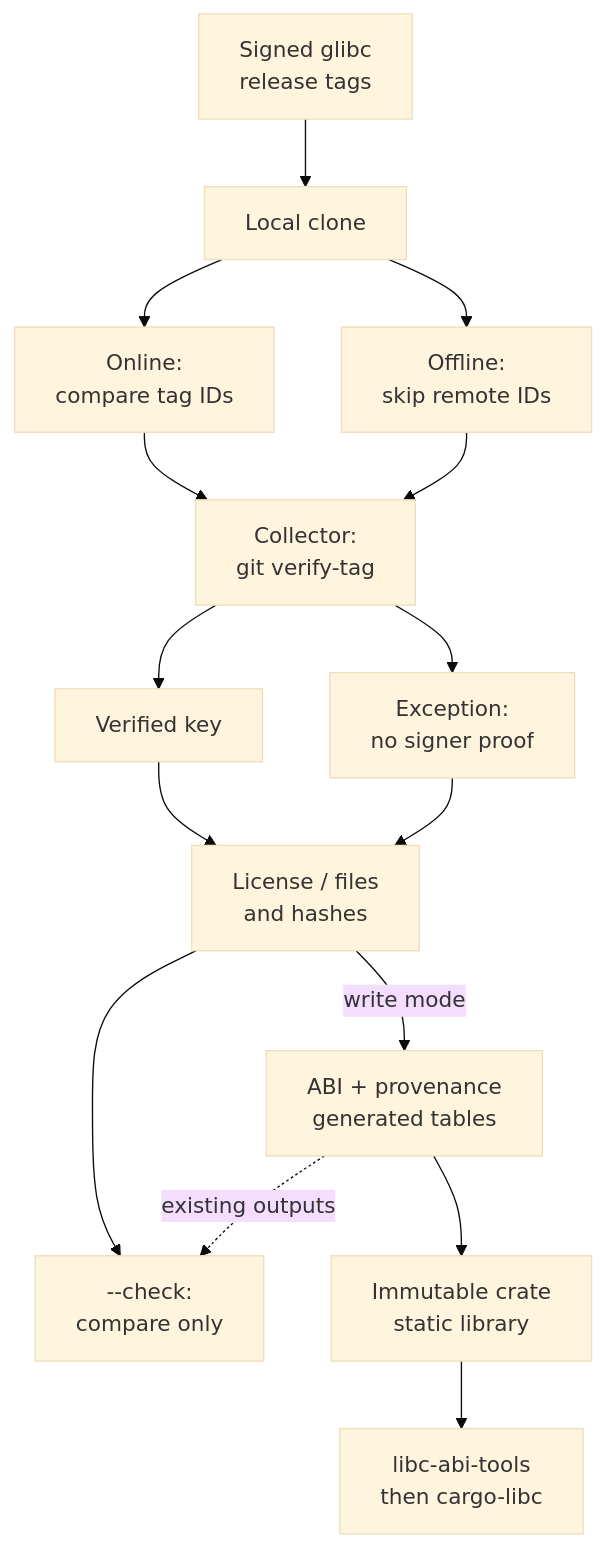
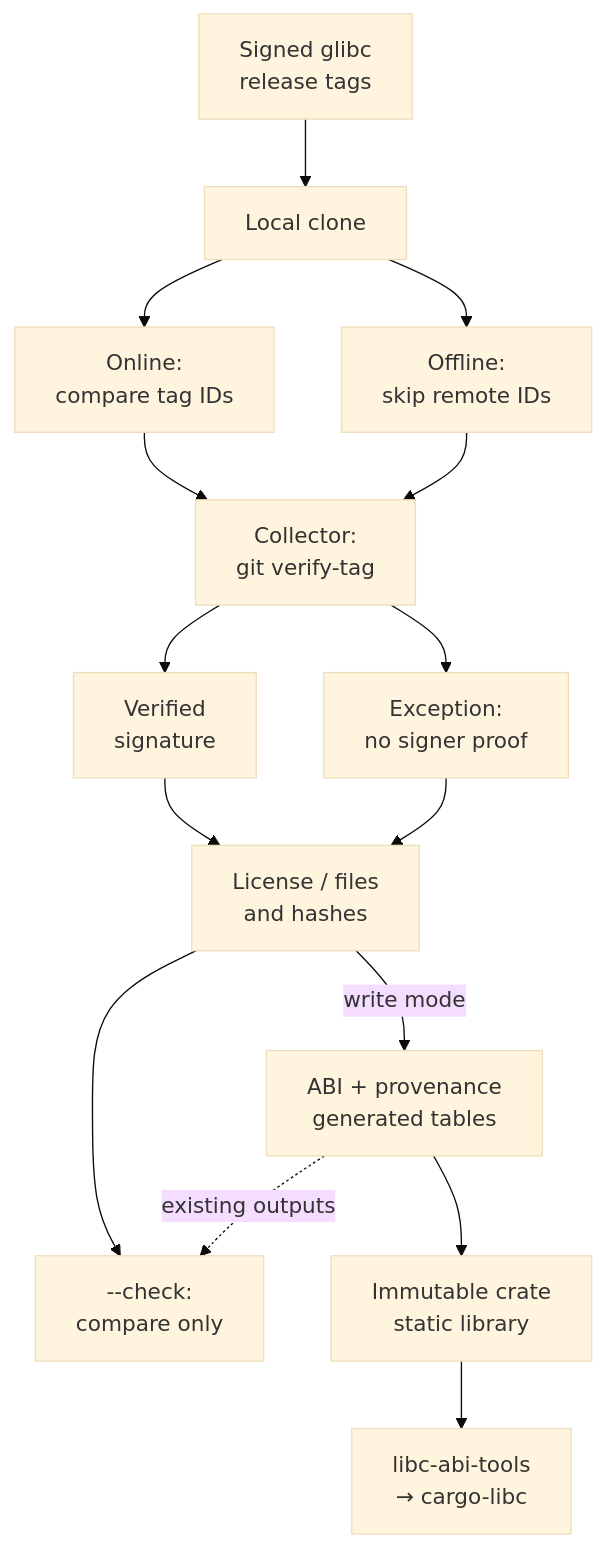
One commit to rustcommons/glibc-abilists changed the diagram in docs/COLLECTING.md. Above: the diagram before and after it, drawn with Mermaid (base theme).

Commit message:
docs: clarify signature outcome and consumer labels

````diff
--- a/docs/COLLECTING.md
+++ b/docs/COLLECTING.md
@@ -38,17 +38,17 @@
 ```mermaid
 flowchart TD
     U["Signed glibc<br/>release tags"] --> L["Local clone"]
     L --> O["Online:<br/>compare tag IDs"]
     L --> F["Offline:<br/>skip remote IDs"]
     O --> S["Collector:<br/>git verify-tag"]
     F --> S
-    S --> V["Verified key"]
+    S --> V["Verified<br/>signature"]
     S --> E["Exception:<br/>no signer proof"]
     V --> C["License / files<br/>and hashes"]
     E --> C
     C --> Q["--check:<br/>compare only"]
     C -->|write mode| D["ABI + provenance<br/>generated tables"]
     D -.->|existing outputs| Q
     D --> B["Immutable crate<br/>static library"]
-    B --> T["libc-abi-tools<br/>then cargo-libc"]
+    B --> T["libc-abi-tools<br/>→ cargo-libc"]
 ```
````
